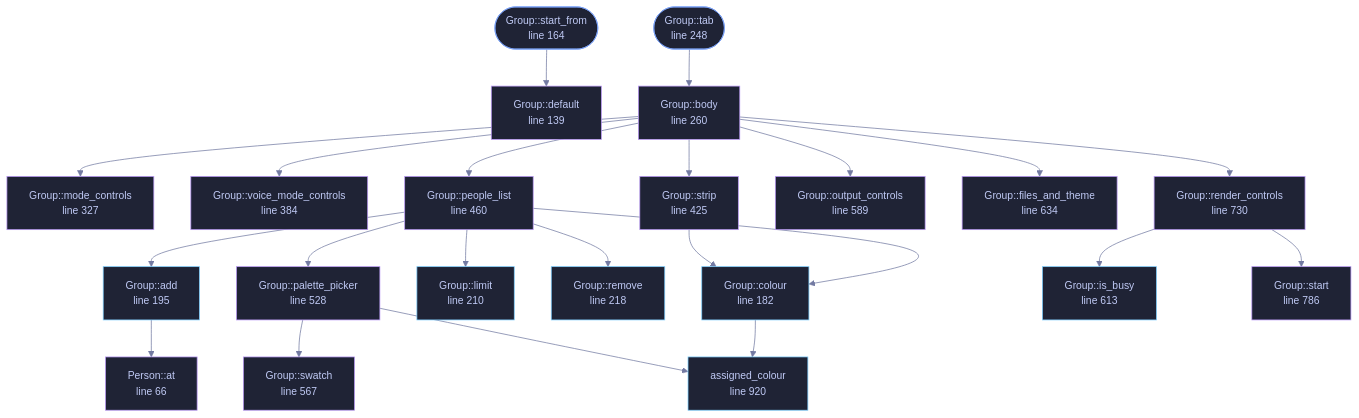
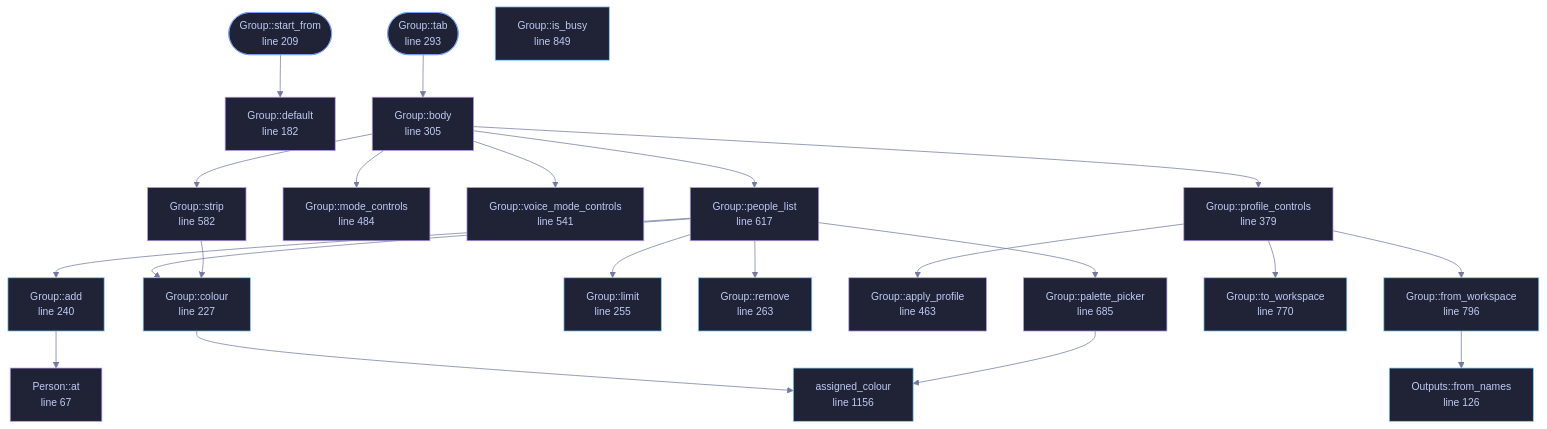
One commit to tilas01/veilvoice changed the diagram in docs/files/veilvoice-gui/group.md. Above: the diagram before and after it, drawn with Mermaid. The commit also changed other lines of this file and 50 other files, not shown here.

````diff
--- a/docs/files/veilvoice-gui/group.md
+++ b/docs/files/veilvoice-gui/group.md
@@ -110,75 +111,74 @@
 ```mermaid
 %%{init: {"theme":"base","themeVariables":{"background":"#1a1b26","primaryColor":"#1f2335","primaryTextColor":"#c0caf5","primaryBorderColor":"#7aa2f7","secondaryColor":"#16161e","tertiaryColor":"#16161e","lineColor":"#737aa2","textColor":"#c0caf5","mainBkg":"#1f2335","nodeBorder":"#7aa2f7","clusterBkg":"#16161e","clusterBorder":"#2f3549","fontFamily":"ui-monospace, SFMono-Regular, Consolas, monospace","fontSize":"14px"}}}%%
 flowchart TD
-    n_at["Person::at<br/>line 66"]
-    n_default["Outputs::default<br/>line 90"]
-    n_default["Group::default<br/>line 139"]
-    n_start_from(["Group::start_from<br/>line 164"])
-    n_colour["Group::colour<br/>line 182"]
-    n_add["Group::add<br/>line 195"]
-    n_limit["Group::limit<br/>line 210"]
-    n_remove["Group::remove<br/>line 218"]
-    n_tab(["Group::tab<br/>line 248"])
-    n_body["Group::body<br/>line 260"]
-    n_mode_controls["Group::mode_controls<br/>line 327"]
-    n_voice_mode_controls["Group::voice_mode_controls<br/>line 384"]
-    n_strip["Group::strip<br/>line 425"]
-    n_people_list["Group::people_list<br/>line 460"]
-    n_palette_picker["Group::palette_picker<br/>line 528"]
-    n_swatch["Group::swatch<br/>line 567"]
-    n_output_controls["Group::output_controls<br/>line 589"]
-    n_is_busy["Group::is_busy<br/>line 613"]
-    n_files_and_theme["Group::files_and_theme<br/>line 634"]
-    n_render_controls["Group::render_controls<br/>line 730"]
-    n_start["Group::start<br/>line 786"]
-    n_assigned_colour["assigned_colour<br/>line 920"]
+    n_at["Person::at<br/>line 67"]
+    n_default["Outputs::default<br/>line 91"]
+    n_from_names["Outputs::from_names<br/>line 126"]
+    n_default["Group::default<br/>line 182"]
+    n_start_from(["Group::start_from<br/>line 209"])
+    n_colour["Group::colour<br/>line 227"]
+    n_add["Group::add<br/>line 240"]
+    n_limit["Group::limit<br/>line 255"]
+    n_remove["Group::remove<br/>line 263"]
+    n_tab(["Group::tab<br/>line 293"])
+    n_body["Group::body<br/>line 305"]
+    n_profile_controls["Group::profile_controls<br/>line 379"]
+    n_apply_profile["Group::apply_profile<br/>line 463"]
+    n_mode_controls["Group::mode_controls<br/>line 484"]
+    n_voice_mode_controls["Group::voice_mode_controls<br/>line 541"]
+    n_strip["Group::strip<br/>line 582"]
+    n_people_list["Group::people_list<br/>line 617"]
+    n_palette_picker["Group::palette_picker<br/>line 685"]
+    n_to_workspace["Group::to_workspace<br/>line 770"]
+    n_from_workspace["Group::from_workspace<br/>line 796"]
+    n_is_busy["Group::is_busy<br/>line 849"]
+    n_assigned_colour["assigned_colour<br/>line 1156"]
     n_add --> n_at
-    n_body --> n_files_and_theme
     n_body --> n_mode_controls
-    n_body --> n_output_controls
     n_body --> n_people_list
-    n_body --> n_render_controls
+    n_body --> n_profile_controls
     n_body --> n_strip
     n_body --> n_voice_mode_controls
     n_colour --> n_assigned_colour
+    n_from_workspace --> n_from_names
     n_palette_picker --> n_assigned_colour
-    n_palette_picker --> n_swatch
     n_people_list --> n_add
     n_people_list --> n_colour
     n_people_list --> n_limit
     n_people_list --> n_palette_picker
     n_people_list --> n_remove
-    n_render_controls --> n_is_busy
-    n_render_controls --> n_start
+    n_profile_controls --> n_apply_profile
+    n_profile_controls --> n_from_workspace
+    n_profile_controls --> n_to_workspace
     n_start_from --> n_default
     n_strip --> n_colour
     n_tab --> n_body
-    click n_at href "https://github.com/tilas01/veilvoice/blob/main/crates/veilvoice-gui/src/group.rs#L66" "open the source"
-    click n_default href "https://github.com/tilas01/veilvoice/blob/main/crates/veilvoice-gui/src/group.rs#L90" "open the source"
-    click n_default href "https://github.com/tilas01/veilvoice/blob/main/crates/veilvoice-gui/src/group.rs#L139" "open the source"
-    click n_start_from href "https://github.com/tilas01/veilvoice/blob/main/crates/veilvoice-gui/src/group.rs#L164" "open the source"
-    click n_colour href "https://github.com/tilas01/veilvoice/blob/main/crates/veilvoice-gui/src/group.rs#L182" "open the source"
-    click n_add href "https://github.com/tilas01/veilvoice/blob/main/crates/veilvoice-gui/src/group.rs#L195" "open the source"
-    click n_limit href "https://github.com/tilas01/veilvoice/blob/main/crates/veilvoice-gui/src/group.rs#L210" "open the source"
-    click n_remove href "https://github.com/tilas01/veilvoice/blob/main/crates/veilvoice-gui/src/group.rs#L218" "open the source"
-    click n_tab href "https://github.com/tilas01/veilvoice/blob/main/crates/veilvoice-gui/src/group.rs#L248" "open the source"
-    click n_body href "https://github.com/tilas01/veilvoice/blob/main/crates/veilvoice-gui/src/group.rs#L260" "open the source"
-    click n_mode_controls href "https://github.com/tilas01/veilvoice/blob/main/crates/veilvoice-gui/src/group.rs#L327" "open the source"
-    click n_voice_mode_controls href "https://github.com/tilas01/veilvoice/blob/main/crates/veilvoice-gui/src/group.rs#L384" "open the source"
-    click n_strip href "https://github.com/tilas01/veilvoice/blob/main/crates/veilvoice-gui/src/group.rs#L425" "open the source"
-    click n_people_list href "https://github.com/tilas01/veilvoice/blob/main/crates/veilvoice-gui/src/group.rs#L460" "open the source"
-    click n_palette_picker href "https://github.com/tilas01/veilvoice/blob/main/crates/veilvoice-gui/src/group.rs#L528" "open the source"
-    click n_swatch href "https://github.com/tilas01/veilvoice/blob/main/crates/veilvoice-gui/src/group.rs#L567" "open the source"
-    click n_output_controls href "https://github.com/tilas01/veilvoice/blob/main/crates/veilvoice-gui/src/group.rs#L589" "open the source"
-    click n_is_busy href "https://github.com/tilas01/veilvoice/blob/main/crates/veilvoice-gui/src/group.rs#L613" "open the source"
-    click n_files_and_theme href "https://github.com/tilas01/veilvoice/blob/main/crates/veilvoice-gui/src/group.rs#L634" "open the source"
-    click n_render_controls href "https://github.com/tilas01/veilvoice/blob/main/crates/veilvoice-gui/src/group.rs#L730" "open the source"
-    click n_start href "https://github.com/tilas01/veilvoice/blob/main/crates/veilvoice-gui/src/group.rs#L786" "open the source"
-    click n_assigned_colour href "https://github.com/tilas01/veilvoice/blob/main/crates/veilvoice-gui/src/group.rs#L920" "open the source"
+    click n_at href "https://github.com/tilas01/veilvoice/blob/main/crates/veilvoice-gui/src/group.rs#L67" "open the source"
+    click n_default href "https://github.com/tilas01/veilvoice/blob/main/crates/veilvoice-gui/src/group.rs#L91" "open the source"
+    click n_from_names href "https://github.com/tilas01/veilvoice/blob/main/crates/veilvoice-gui/src/group.rs#L126" "open the source"
+    click n_default href "https://github.com/tilas01/veilvoice/blob/main/crates/veilvoice-gui/src/group.rs#L182" "open the source"
+    click n_start_from href "https://github.com/tilas01/veilvoice/blob/main/crates/veilvoice-gui/src/group.rs#L209" "open the source"
+    click n_colour href "https://github.com/tilas01/veilvoice/blob/main/crates/veilvoice-gui/src/group.rs#L227" "open the source"
+    click n_add href "https://github.com/tilas01/veilvoice/blob/main/crates/veilvoice-gui/src/group.rs#L240" "open the source"
+    click n_limit href "https://github.com/tilas01/veilvoice/blob/main/crates/veilvoice-gui/src/group.rs#L255" "open the source"
+    click n_remove href "https://github.com/tilas01/veilvoice/blob/main/crates/veilvoice-gui/src/group.rs#L263" "open the source"
+    click n_tab href "https://github.com/tilas01/veilvoice/blob/main/crates/veilvoice-gui/src/group.rs#L293" "open the source"
+    click n_body href "https://github.com/tilas01/veilvoice/blob/main/crates/veilvoice-gui/src/group.rs#L305" "open the source"
+    click n_profile_controls href "https://github.com/tilas01/veilvoice/blob/main/crates/veilvoice-gui/src/group.rs#L379" "open the source"
+    click n_apply_profile href "https://github.com/tilas01/veilvoice/blob/main/crates/veilvoice-gui/src/group.rs#L463" "open the source"
+    click n_mode_controls href "https://github.com/tilas01/veilvoice/blob/main/crates/veilvoice-gui/src/group.rs#L484" "open the source"
+    click n_voice_mode_controls href "https://github.com/tilas01/veilvoice/blob/main/crates/veilvoice-gui/src/group.rs#L541" "open the source"
+    click n_strip href "https://github.com/tilas01/veilvoice/blob/main/crates/veilvoice-gui/src/group.rs#L582" "open the source"
+    click n_people_list href "https://github.com/tilas01/veilvoice/blob/main/crates/veilvoice-gui/src/group.rs#L617" "open the source"
+    click n_palette_picker href "https://github.com/tilas01/veilvoice/blob/main/crates/veilvoice-gui/src/group.rs#L685" "open the source"
+    click n_to_workspace href "https://github.com/tilas01/veilvoice/blob/main/crates/veilvoice-gui/src/group.rs#L770" "open the source"
+    click n_from_workspace href "https://github.com/tilas01/veilvoice/blob/main/crates/veilvoice-gui/src/group.rs#L796" "open the source"
+    click n_is_busy href "https://github.com/tilas01/veilvoice/blob/main/crates/veilvoice-gui/src/group.rs#L849" "open the source"
+    click n_assigned_colour href "https://github.com/tilas01/veilvoice/blob/main/crates/veilvoice-gui/src/group.rs#L1156" "open the source"
     classDef entry fill:#1f2335,stroke:#7aa2f7,color:#c0caf5
     class n_start_from,n_tab entry
     classDef api fill:#1f2335,stroke:#7dcfff,color:#c0caf5
-    class n_colour,n_add,n_limit,n_remove,n_is_busy,n_assigned_colour api
+    class n_from_names,n_colour,n_add,n_limit,n_remove,n_to_workspace,n_from_workspace,n_is_busy,n_assigned_colour api
     classDef helper fill:#1f2335,stroke:#bb9af7,color:#c0caf5
-    class n_at,n_default,n_default,n_body,n_mode_controls,n_voice_mode_controls,n_strip,n_people_list,n_palette_picker,n_swatch,n_output_controls,n_files_and_theme,n_render_controls,n_start helper
+    class n_at,n_default,n_default,n_body,n_profile_controls,n_apply_profile,n_mode_controls,n_voice_mode_controls,n_strip,n_people_list,n_palette_picker helper
 ```
````
